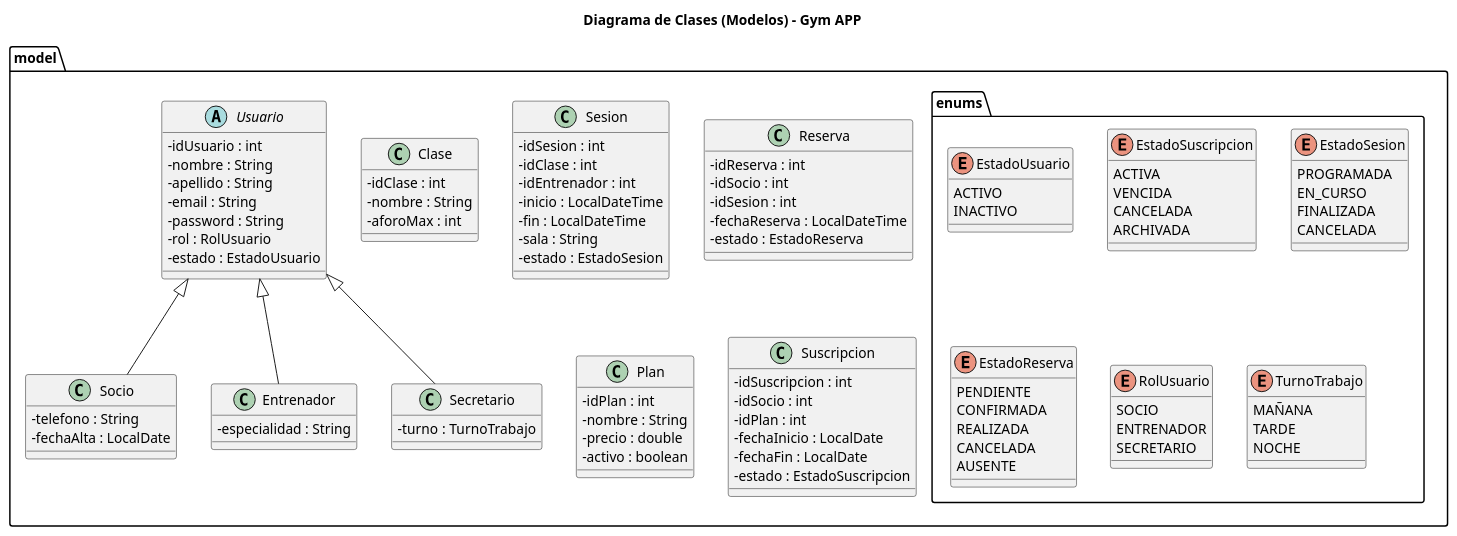
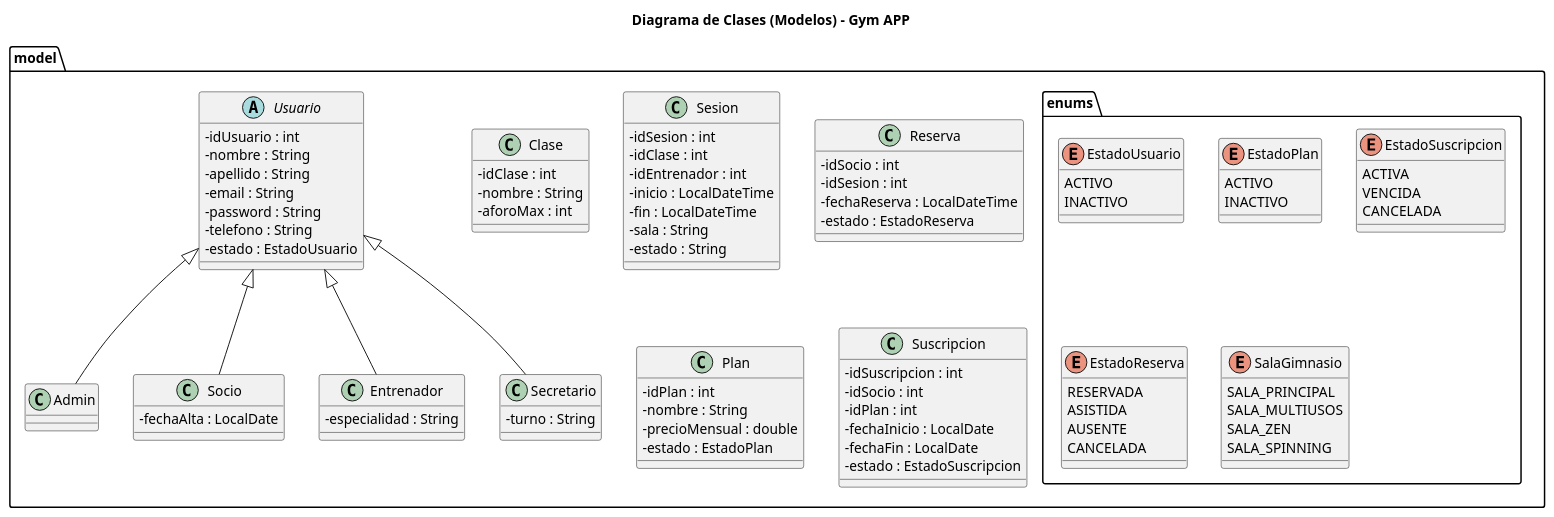
The diagram in docs/diagramasUML/DiagramaClases/Diagrama_Clases_UML_MODELOS.puml (FerminGarridoMartinDAM/ProyectoInterModular1DAMAppGimnasio), drawn with PlantUML before and after one commit. The commit also changed 5 other files, not shown here.

Commit message:
doc(UML): Diagramas de clases actualizados para Version 1.0

```diff
--- a/docs/diagramasUML/DiagramaClases/Diagrama_Clases_UML_MODELOS.puml
+++ b/docs/diagramasUML/DiagramaClases/Diagrama_Clases_UML_MODELOS.puml
@@ -1,110 +1,100 @@
 @startuml
 title Diagrama de Clases (Modelos) - Gym APP
 
 skinparam classAttributeIconSize 0
 
 package "model.enums" {
     enum EstadoUsuario {
         ACTIVO
         INACTIVO
     }
+    enum EstadoPlan {
+        ACTIVO
+        INACTIVO
+    }
     enum EstadoSuscripcion {
         ACTIVA
         VENCIDA
         CANCELADA
-        ARCHIVADA
     }
-    enum EstadoSesion {
-        PROGRAMADA
-        EN_CURSO
-        FINALIZADA
+    enum EstadoReserva {
+        RESERVADA
+        ASISTIDA
+        AUSENTE
         CANCELADA
     }
-    enum EstadoReserva {
-        PENDIENTE
-        CONFIRMADA
-        REALIZADA
-        CANCELADA
-        AUSENTE
-    }
-    enum RolUsuario {
-        SOCIO
-        ENTRENADOR
-        SECRETARIO
-    }
-    enum TurnoTrabajo {
-        MAÑANA
-        TARDE
-        NOCHE
+    enum SalaGimnasio {
+        SALA_PRINCIPAL
+        SALA_MULTIUSOS
+        SALA_ZEN
+        SALA_SPINNING
     }
 }
 
 package "model" {
     
     abstract class Usuario {
         - idUsuario : int
         - nombre : String
         - apellido : String
         - email : String
         - password : String
-        - rol : RolUsuario
+        - telefono : String
         - estado : EstadoUsuario
     }
 
+    class Admin extends Usuario {
+    }
+
     class Socio extends Usuario {
-        - telefono : String
         - fechaAlta : LocalDate
     }
 
     class Entrenador extends Usuario {
         - especialidad : String
     }
 
     class Secretario extends Usuario {
-        - turno : TurnoTrabajo
+        - turno : String
     }
 
     class Clase {
         - idClase : int
         - nombre : String
         - aforoMax : int
     }
 
     class Sesion {
         - idSesion : int
         - idClase : int
         - idEntrenador : int
         - inicio : LocalDateTime
         - fin : LocalDateTime
         - sala : String
-        - estado : EstadoSesion
+        - estado : String
     }
 
     class Reserva {
-        - idReserva : int
         - idSocio : int
         - idSesion : int
         - fechaReserva : LocalDateTime
         - estado : EstadoReserva
     }
 
     class Plan {
         - idPlan : int
         - nombre : String
-        - precio : double
-        - activo : boolean
+        - precioMensual : double
+        - estado : EstadoPlan
     }
 
     class Suscripcion {
         - idSuscripcion : int
         - idSocio : int
         - idPlan : int
         - fechaInicio : LocalDate
         - fechaFin : LocalDate
         - estado : EstadoSuscripcion
     }
 }
-
-
-
 @enduml
```
